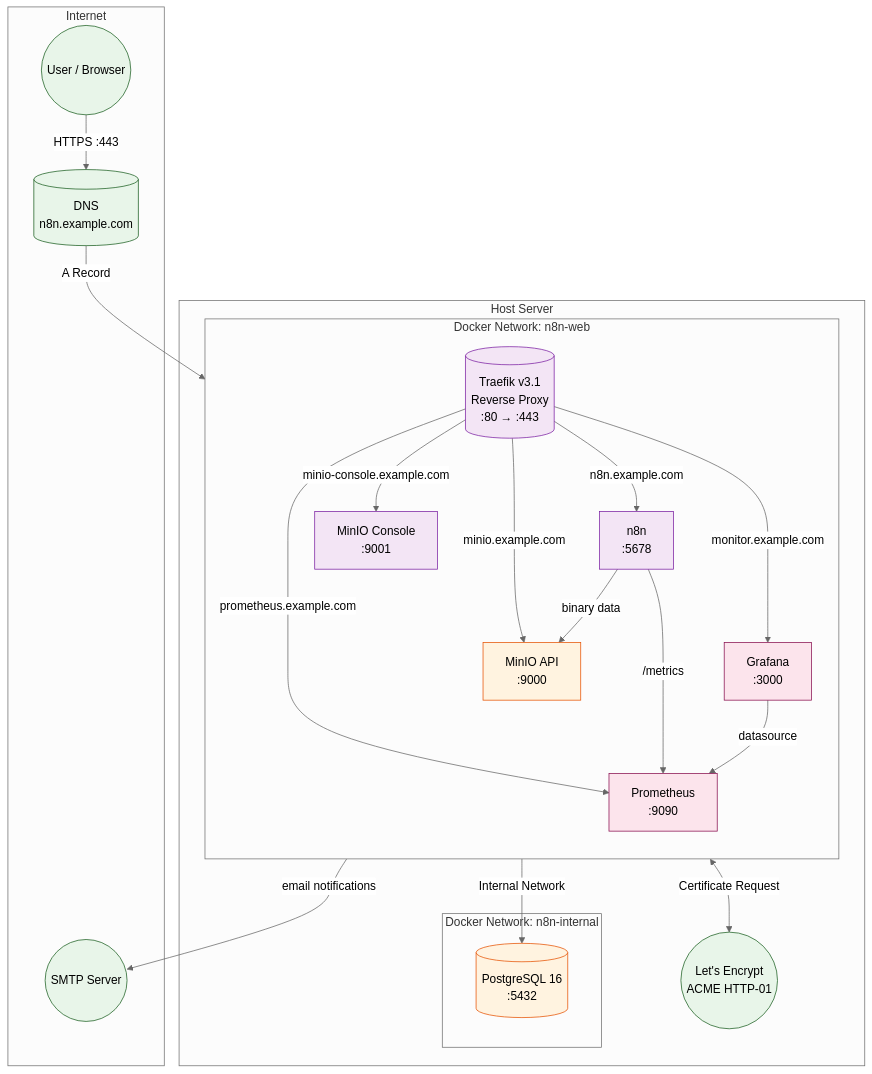
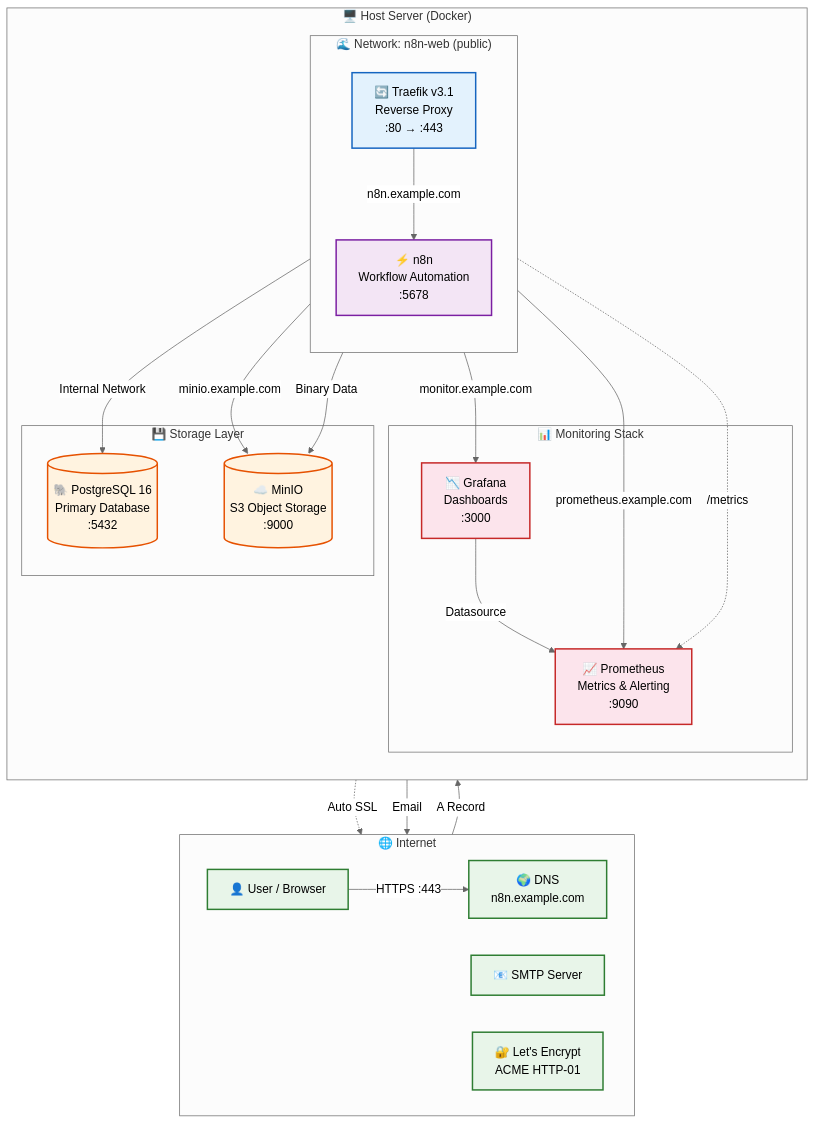
The first of 7 diagrams in README.md (vanchasrujankumar/n8n-docker-prod-stack), drawn with Mermaid (neutral theme) before and after one commit. The commit also changed other lines of this file and 6 other files, not shown here.

Commit message:
fix: shellcheck issues, CI env vars, add actions badge, improve diagrams

````diff
--- a/README.md
+++ b/README.md
@@ -7,63 +10,58 @@
 ```mermaid
 graph TB
-    subgraph Internet
-        DNS[("DNS
-            n8n.example.com")]
-        User(("User / Browser"))
-        SMTP_SERVER(("SMTP Server"))
+    subgraph "🌐 Internet"
+        direction LR
+        U["👤 User / Browser"]
+        DNS["🌍 DNS<br/>n8n.example.com"]
+        SMTP["📧 SMTP Server"]
+        LE["🔐 Let's Encrypt<br/>ACME HTTP-01"]
     end
 
-    subgraph "Host Server"
-        subgraph "Docker Network: n8n-web"
+    subgraph "🖥️  Host Server (Docker)"
+        direction TB
+
+        subgraph "🌊  Network: n8n-web (public)"
             direction TB
-            TR[("Traefik v3.1
-                Reverse Proxy
-                :80 → :443")]
-            N8N["n8n
-                :5678"]
-            PRO["Prometheus
-                :9090"]
-            GRAF["Grafana
-                :3000"]
-            MINIO_API["MinIO API
-                :9000"]
-            MINIO_CNS["MinIO Console
-                :9001"]
+            TR["🔄 Traefik v3.1<br/>Reverse Proxy<br/>:80 → :443"]
+            N8N["⚡ n8n<br/>Workflow Automation<br/>:5678"]
         end
 
-        subgraph "Docker Network: n8n-internal"
-            PG[("PostgreSQL 16
-                :5432")]
+        subgraph "📊  Monitoring Stack"
+            PRO["📈 Prometheus<br/>Metrics & Alerting<br/>:9090"]
+            GRAF["📉 Grafana<br/>Dashboards<br/>:3000"]
         end
 
-        LE(("Let's Encrypt
-            ACME HTTP-01"))
+        subgraph "💾  Storage Layer"
+            PG[("🐘 PostgreSQL 16<br/>Primary Database<br/>:5432")]
+            MINIO[("☁️  MinIO<br/>S3 Object Storage<br/>:9000")]
+        end
     end
 
-    User -->|"HTTPS :443"| DNS
+    U -->|"HTTPS :443"| DNS
     DNS -->|"A Record"| TR
+
+    TR -.->|"Auto SSL"| LE
     TR -->|"n8n.example.com"| N8N
     TR -->|"monitor.example.com"| GRAF
     TR -->|"prometheus.example.com"| PRO
-    TR -->|"minio.example.com"| MINIO_API
-    TR -->|"minio-console.example.com"| MINIO_CNS
-    TR <-->|"Certificate Request"| LE
+    TR -->|"minio.example.com"| MINIO
 
     N8N -->|"Internal Network"| PG
-    N8N --->|"/metrics"| PRO
-    GRAF -->|"datasource"| PRO
-    N8N -->|"binary data"| MINIO_API
-    N8N -->|"email notifications"| SMTP_SERVER
+    N8N -->|"Binary Data"| MINIO
+    N8N -.->|"/metrics"| PRO
+    N8N -->|"Email"| SMTP
 
-    classDef network fill:#e1f5fe,stroke:#01579b
-    classDef service fill:#f3e5f5,stroke:#7b1fa2
-    classDef storage fill:#fff3e0,stroke:#e65100
-    classDef external fill:#e8f5e9,stroke:#1b5e20
-    classDef monitoring fill:#fce4ec,stroke:#880e4f
+    GRAF -->|"Datasource"| PRO
 
-    class TR,N8N service
-    class PG,MINIO_API storage
+    classDef internet fill:#e8f5e9,stroke:#2e7d32,stroke-width:2px
+    classDef proxy fill:#e3f2fd,stroke:#1565c0,stroke-width:2px
+    classDef app fill:#f3e5f5,stroke:#7b1fa2,stroke-width:2px
+    classDef monitoring fill:#fce4ec,stroke:#c62828,stroke-width:2px
+    classDef storage fill:#fff3e0,stroke:#e65100,stroke-width:2px
+
+    class U,DNS,SMTP,LE internet
+    class TR proxy
+    class N8N app
     class PRO,GRAF monitoring
-    class MINIO_CNS service
-    class DNS,User,LE,SMTP_SERVER external
+    class PG,MINIO storage
 ```
````
